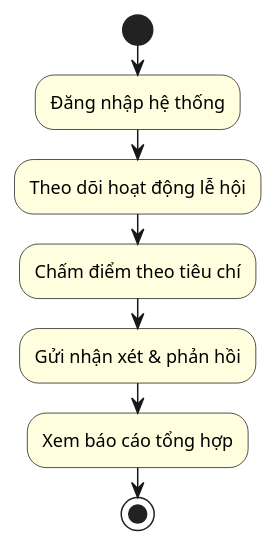
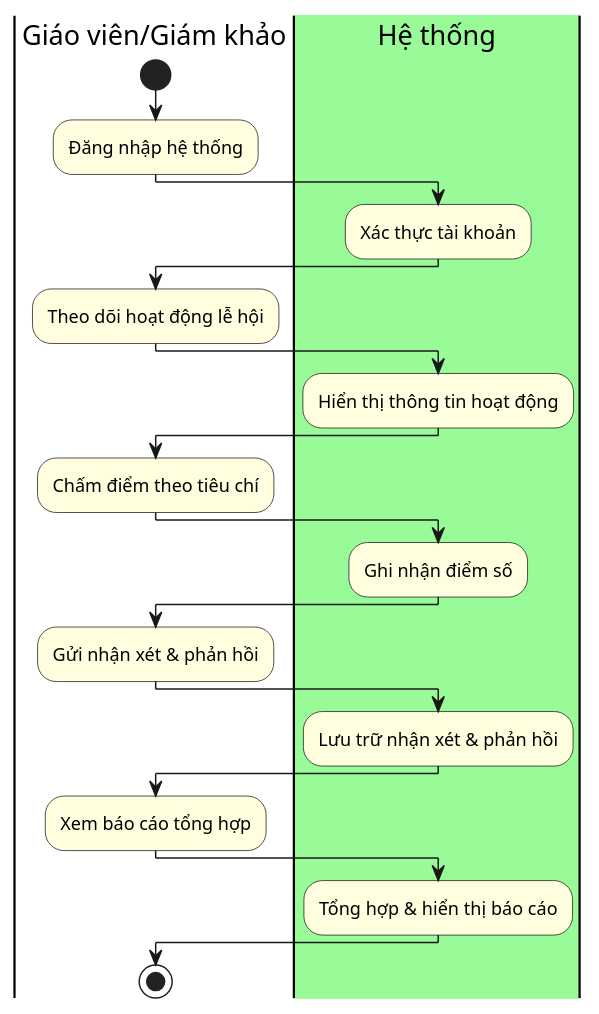
One commit to DavidSatoh/CNPM-school-food-festivals changed diagram 12 of 14 in README.md. Above: the diagram before and after it, drawn with PlantUML. The commit also changed other lines of this file, not shown here.

````diff
--- a/README.md
+++ b/README.md
@@ -584,17 +618,32 @@
 ```plantuml
 @startuml "Quy trình của Giáo viên/Giám khảo"
 
 skinparam activity {
     BackgroundColor LightYellow
 }
 
 |Giáo viên/Giám khảo|
 start
 :Đăng nhập hệ thống;
+|#palegreen|Hệ thống|
+:Xác thực tài khoản;
+|Giáo viên/Giám khảo|
 :Theo dõi hoạt động lễ hội;
+|Hệ thống|
+:Hiển thị thông tin hoạt động;
+|Giáo viên/Giám khảo|
 :Chấm điểm theo tiêu chí;
+|Hệ thống|
+:Ghi nhận điểm số;
+|Giáo viên/Giám khảo|
 :Gửi nhận xét & phản hồi;
+|Hệ thống|
+:Lưu trữ nhận xét & phản hồi;
+|Giáo viên/Giám khảo|
 :Xem báo cáo tổng hợp;
+|Hệ thống|
+:Tổng hợp & hiển thị báo cáo;
+|Giáo viên/Giám khảo|
 stop
 @enduml
 ```
````
